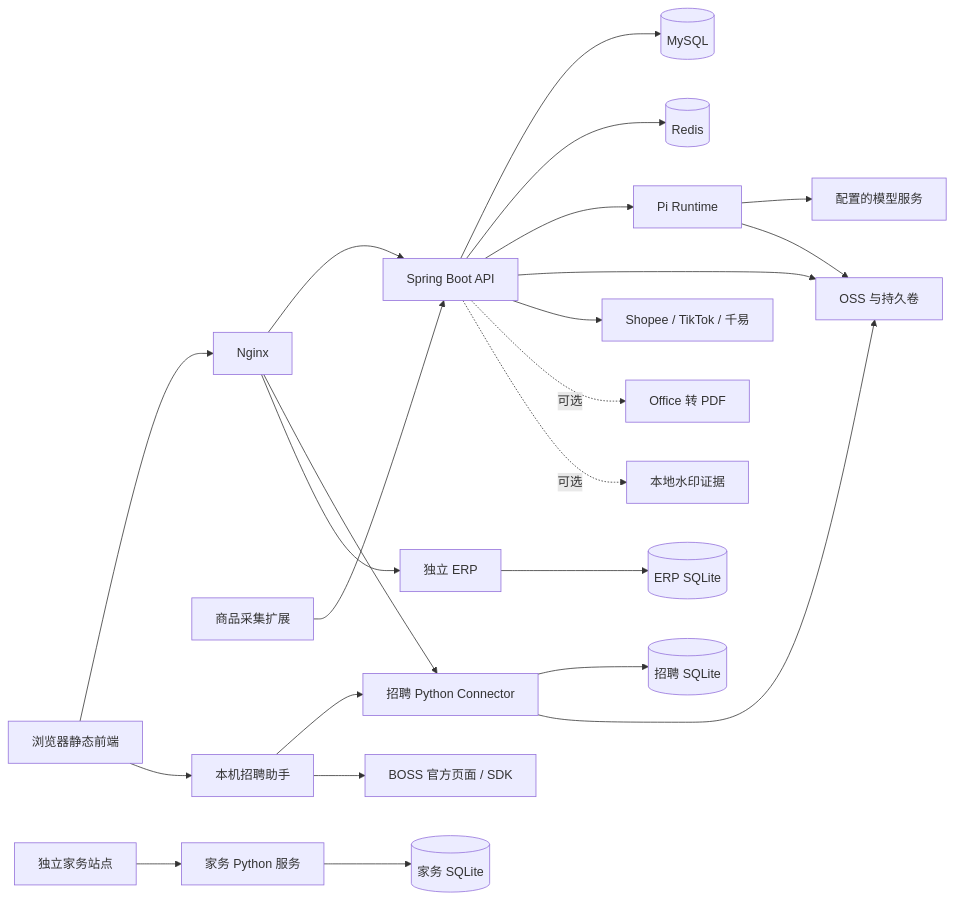
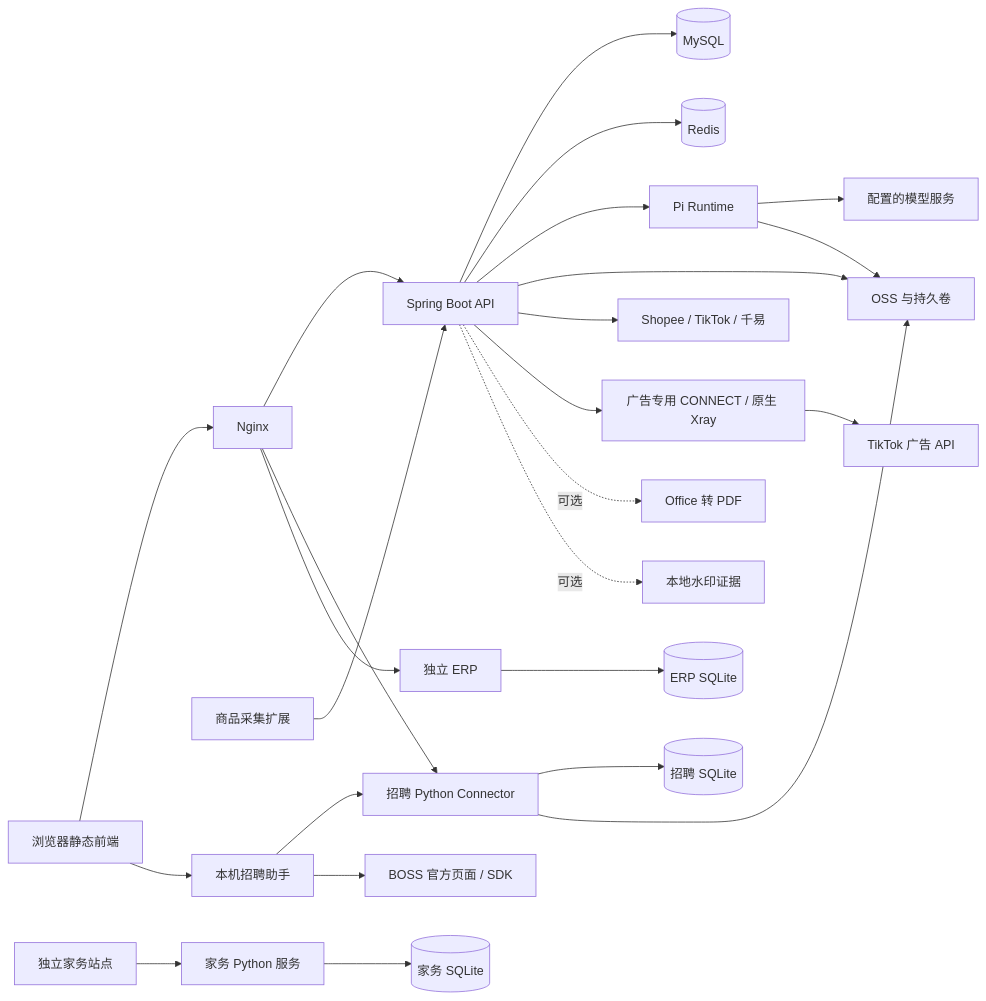
One commit to Gotit-zhx/ai-video changed the diagram in docs/guides/architecture.md. Above: the diagram before and after it, drawn with Mermaid. The commit also changed other lines of this file and 6 other files, not shown here.

````diff
--- a/docs/guides/architecture.md
+++ b/docs/guides/architecture.md
@@ -9,25 +9,27 @@
 ```mermaid
 flowchart LR
     Web[浏览器静态前端] --> Nginx[Nginx]
     Extension[商品采集扩展] --> App[Spring Boot API]
     Nginx --> App
     Nginx --> HR[招聘 Python Connector]
     Nginx --> ERP[独立 ERP]
     App --> MySQL[(MySQL)]
     App --> Redis[(Redis)]
     App --> Pi[Pi Runtime]
     App --> OSS[OSS 与持久卷]
     App --> Market[Shopee / TikTok / 千易]
+    App --> AdProxy[广告专用 CONNECT / 原生 Xray]
+    AdProxy --> TikTokAds[TikTok 广告 API]
     Pi --> Models[配置的模型服务]
     Pi --> OSS
     HR --> HRDB[(招聘 SQLite)]
     HR --> OSS
     ERP --> ERPDB[(ERP SQLite)]
     HouseholdWeb[独立家务站点] --> Household[家务 Python 服务]
     Household --> HouseholdDB[(家务 SQLite)]
     App -. 可选 .-> Preview[Office 转 PDF]
     App -. 可选 .-> Watermark[本地水印证据]
     Web --> Desktop[本机招聘助手]
     Desktop --> HR
     Desktop --> Boss[BOSS 官方页面 / SDK]
 ```
````
